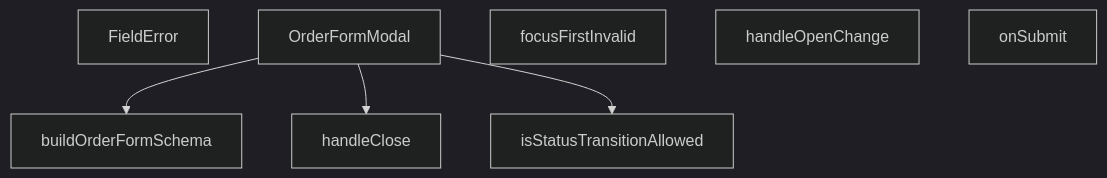
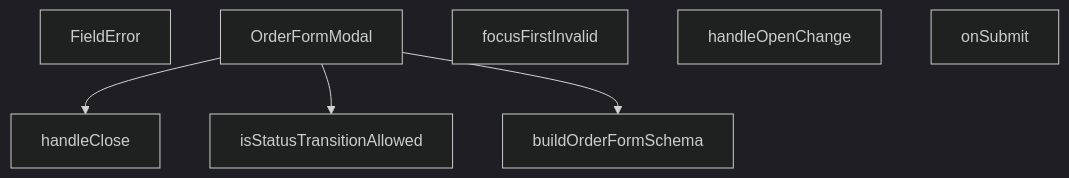
One commit to peckop/venthub-hvac-esite changed the diagram in src/components/admin/orders/OrderFormModal.md. Above: the diagram before and after it, drawn with Mermaid (dark theme). The commit also changed other lines of this file and 169 other files, not shown here.

````diff
--- a/src/components/admin/orders/OrderFormModal.md
+++ b/src/components/admin/orders/OrderFormModal.md
@@ -249,14 +249,14 @@
 ```mermaid
 graph TD
     OrderFormModal_tsx__FieldError["FieldError"]
     OrderFormModal_tsx__OrderFormModal["OrderFormModal"]
     OrderFormModal_tsx__buildOrderFormSchema["buildOrderFormSchema"]
     OrderFormModal_tsx__focusFirstInvalid["focusFirstInvalid"]
     OrderFormModal_tsx__handleClose["handleClose"]
     OrderFormModal_tsx__handleOpenChange["handleOpenChange"]
     OrderFormModal_tsx__isStatusTransitionAllowed["isStatusTransitionAllowed"]
     OrderFormModal_tsx__onSubmit["onSubmit"]
-    OrderFormModal_tsx__OrderFormModal --> OrderFormModal_tsx__buildOrderFormSchema
     OrderFormModal_tsx__OrderFormModal --> OrderFormModal_tsx__handleClose
     OrderFormModal_tsx__OrderFormModal --> OrderFormModal_tsx__isStatusTransitionAllowed
+    OrderFormModal_tsx__OrderFormModal --> OrderFormModal_tsx__buildOrderFormSchema
 ```
````
